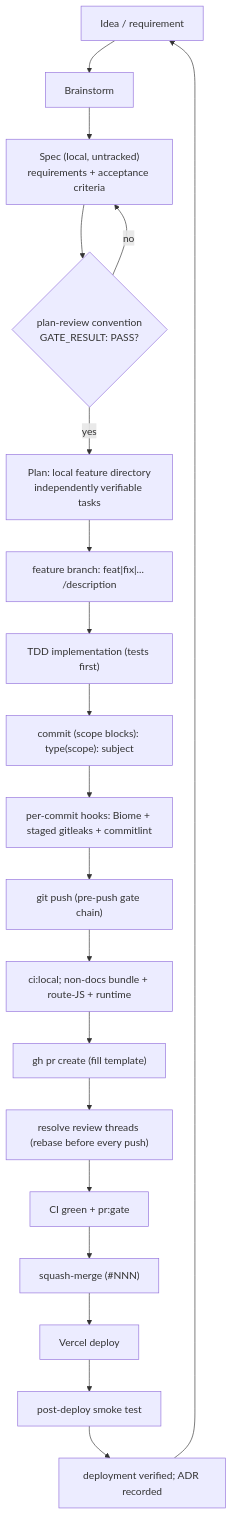
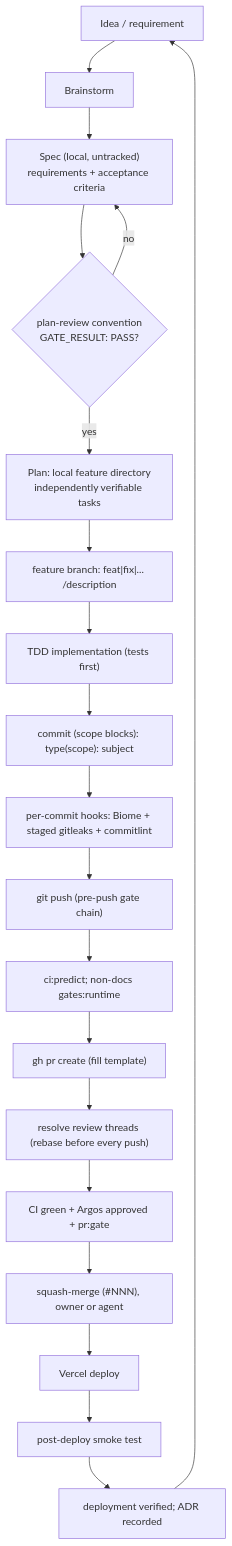
The first of 2 diagrams in docs/handbook/development-lifecycle.md (erikunha/portfolio), drawn with Mermaid before and after one commit. The commit also changed other lines of this file and 15 other files, not shown here.

````diff
--- a/docs/handbook/development-lifecycle.md
+++ b/docs/handbook/development-lifecycle.md
@@ -7,22 +7,22 @@
 ```mermaid
 flowchart TD
     idea["Idea / requirement"] --> brainstorm["Brainstorm"]
     brainstorm --> spec["Spec (local, untracked)<br/>requirements + acceptance criteria"]
     spec --> agate{"plan-review convention<br/>GATE_RESULT: PASS?"}
     agate -->|no| spec
     agate -->|yes| plan["Plan: local feature directory<br/>independently verifiable tasks"]
     plan --> branch["feature branch: feat|fix|... /description"]
     branch --> tdd["TDD implementation (tests first)"]
     tdd --> commit["commit (scope blocks): type(scope): subject"]
     commit --> hooks["per-commit hooks: Biome + staged gitleaks + commitlint"]
     hooks --> push["git push (pre-push gate chain)"]
-    push --> readypr["ci:local; non-docs bundle + route-JS + runtime"]
+    push --> readypr["ci:predict; non-docs gates:runtime"]
     readypr --> pr["gh pr create (fill template)"]
     pr --> conv["resolve review threads (rebase before every push)"]
-    conv --> readymerge["CI green + pr:gate"]
-    readymerge --> merge["squash-merge (#NNN)"]
+    conv --> readymerge["CI green + Argos approved + pr:gate"]
+    readymerge --> merge["squash-merge (#NNN), owner or agent"]
     merge --> deploy["Vercel deploy"]
     deploy --> smoke["post-deploy smoke test"]
     smoke --> adr["deployment verified; ADR recorded"]
     adr --> idea
 ```
````
